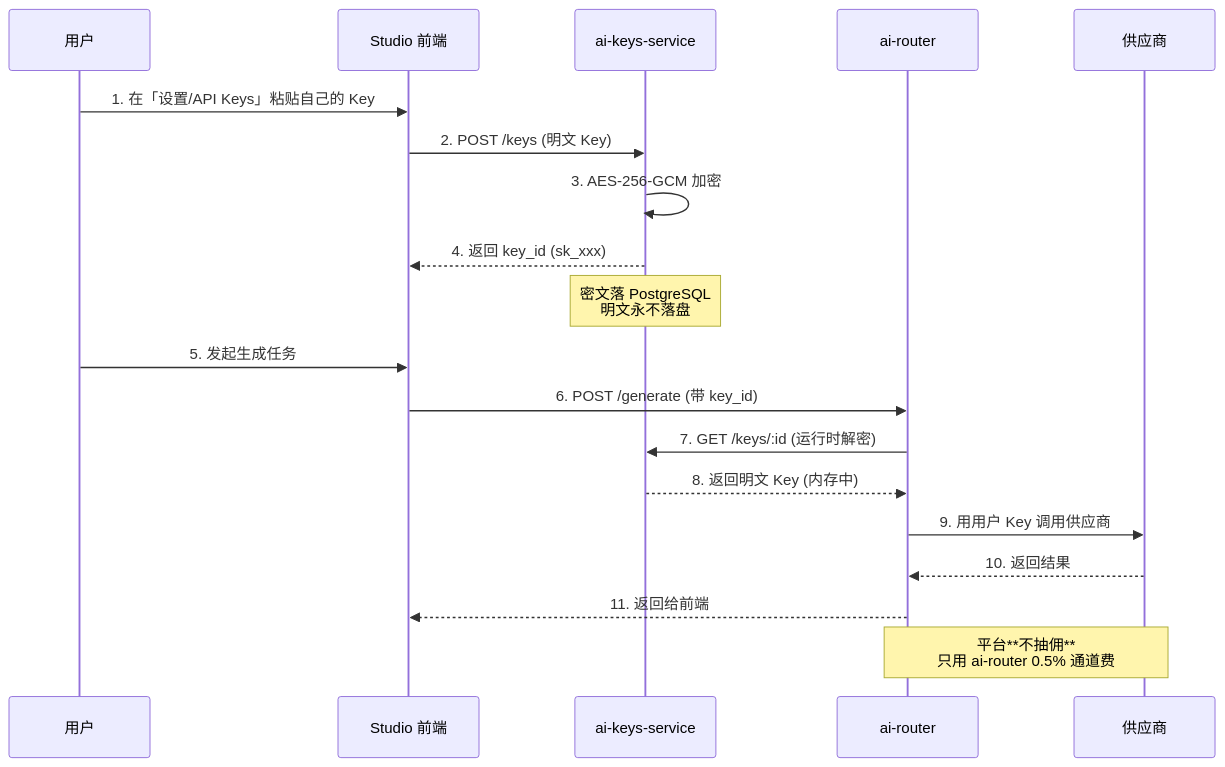
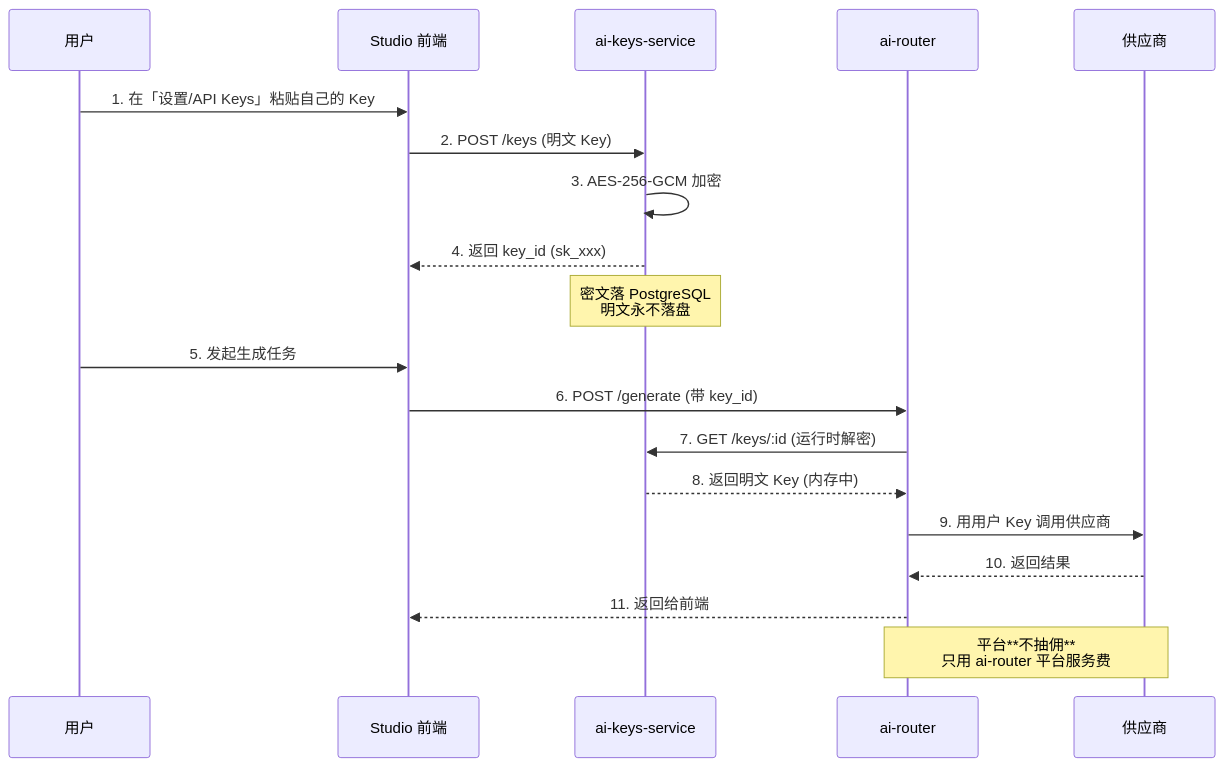
The third of 4 diagrams in docs/architecture/W2_AI_ENGINE.md (11qiangzi/ManhuaWorks), drawn with Mermaid before and after one commit. The commit also changed 611 other files, not shown here.

````diff
--- a/docs/architecture/W2_AI_ENGINE.md
+++ b/docs/architecture/W2_AI_ENGINE.md
@@ -148,23 +148,23 @@
 ```mermaid
 sequenceDiagram
     participant U as 用户
     participant S as Studio 前端
     participant K as ai-keys-service
     participant R as ai-router
     participant V as 供应商
 
     U->>S: 1. 在「设置/API Keys」粘贴自己的 Key
     S->>K: 2. POST /keys (明文 Key)
     K->>K: 3. AES-256-GCM 加密
     K-->>S: 4. 返回 key_id (sk_xxx)
     Note over K: 密文落 PostgreSQL<br/>明文永不落盘
 
     U->>S: 5. 发起生成任务
     S->>R: 6. POST /generate (带 key_id)
     R->>K: 7. GET /keys/:id (运行时解密)
     K-->>R: 8. 返回明文 Key (内存中)
     R->>V: 9. 用用户 Key 调用供应商
     V-->>R: 10. 返回结果
     R-->>S: 11. 返回给前端
-    Note over R,V: 平台**不抽佣**<br/>只用 ai-router 0.5% 通道费
+    Note over R,V: 平台**不抽佣**<br/>只用 ai-router 平台服务费
 ```
````
